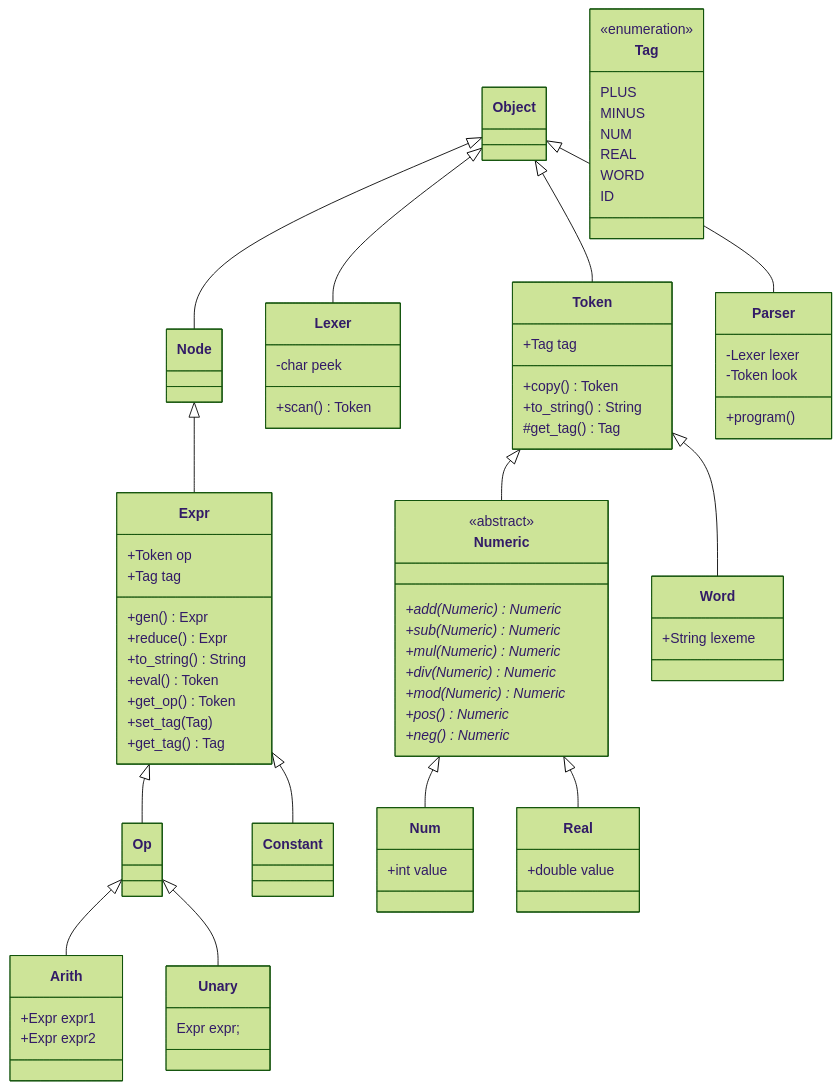
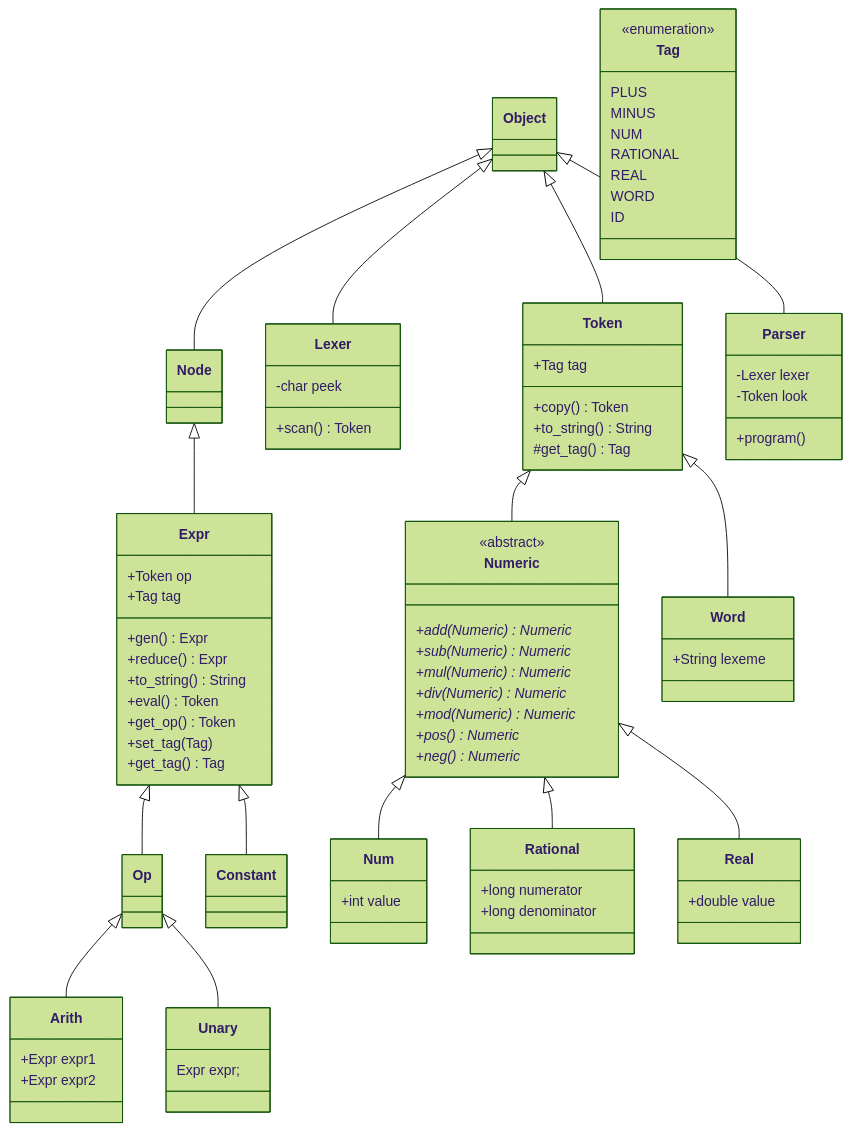
The diagram in diagram.md (nwhean/42_computorv), drawn with Mermaid (forest theme) before and after one commit. The commit also changed 11 other files, not shown here.

```diff
--- a/diagram.md
+++ b/diagram.md
@@ -61,6 +61,13 @@
 		+neg() Numeric*
 	}
 
+	Numeric <|-- Rational
+
+	class Rational {
+		+long numerator
+		+long denominator
+	}
+
 	Numeric <|-- Real
 
 	class Real {
@@ -74,6 +81,7 @@
 		PLUS
 		MINUS
 		NUM
+		RATIONAL
 		REAL
 		WORD
 		ID
```
